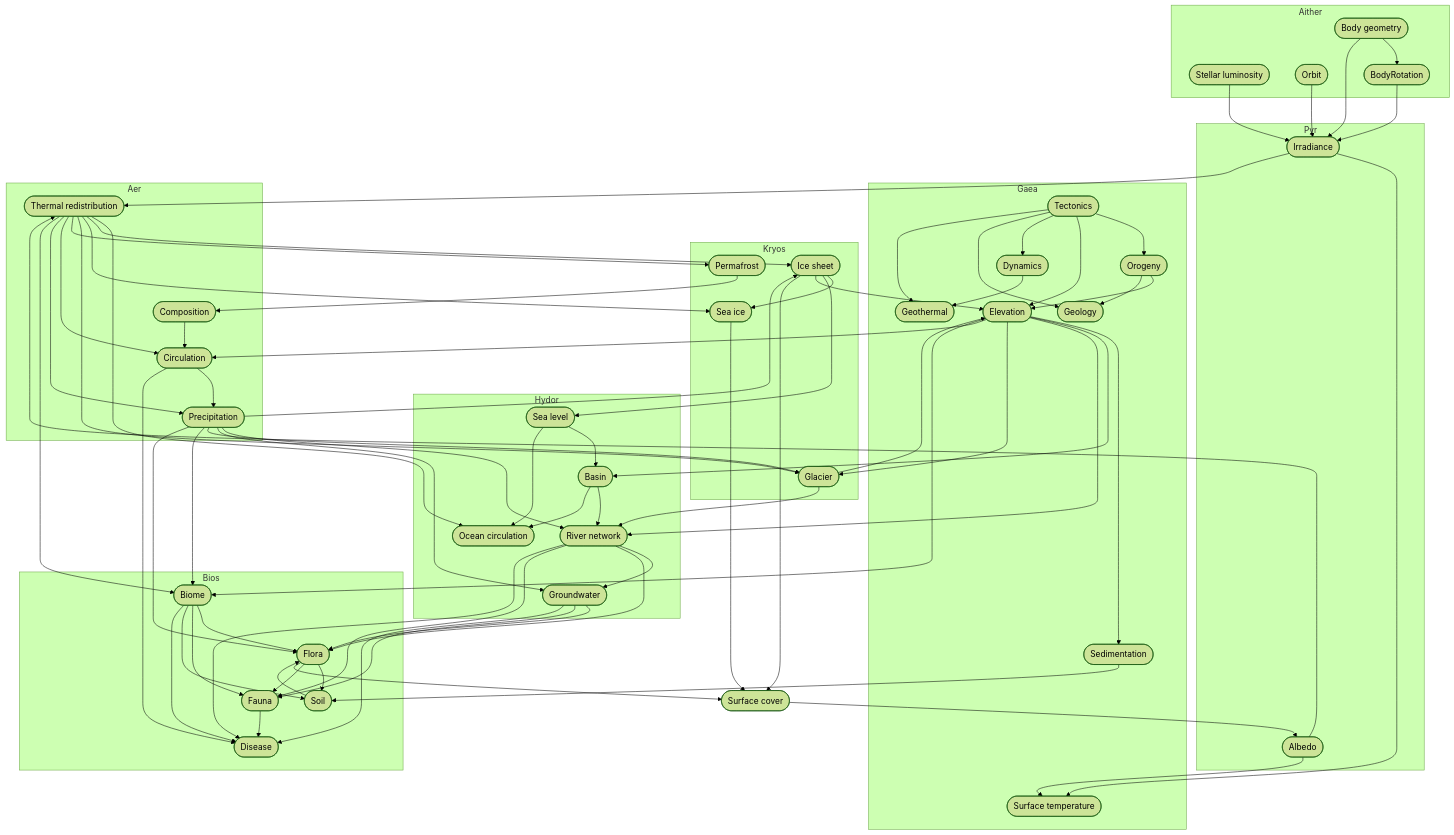
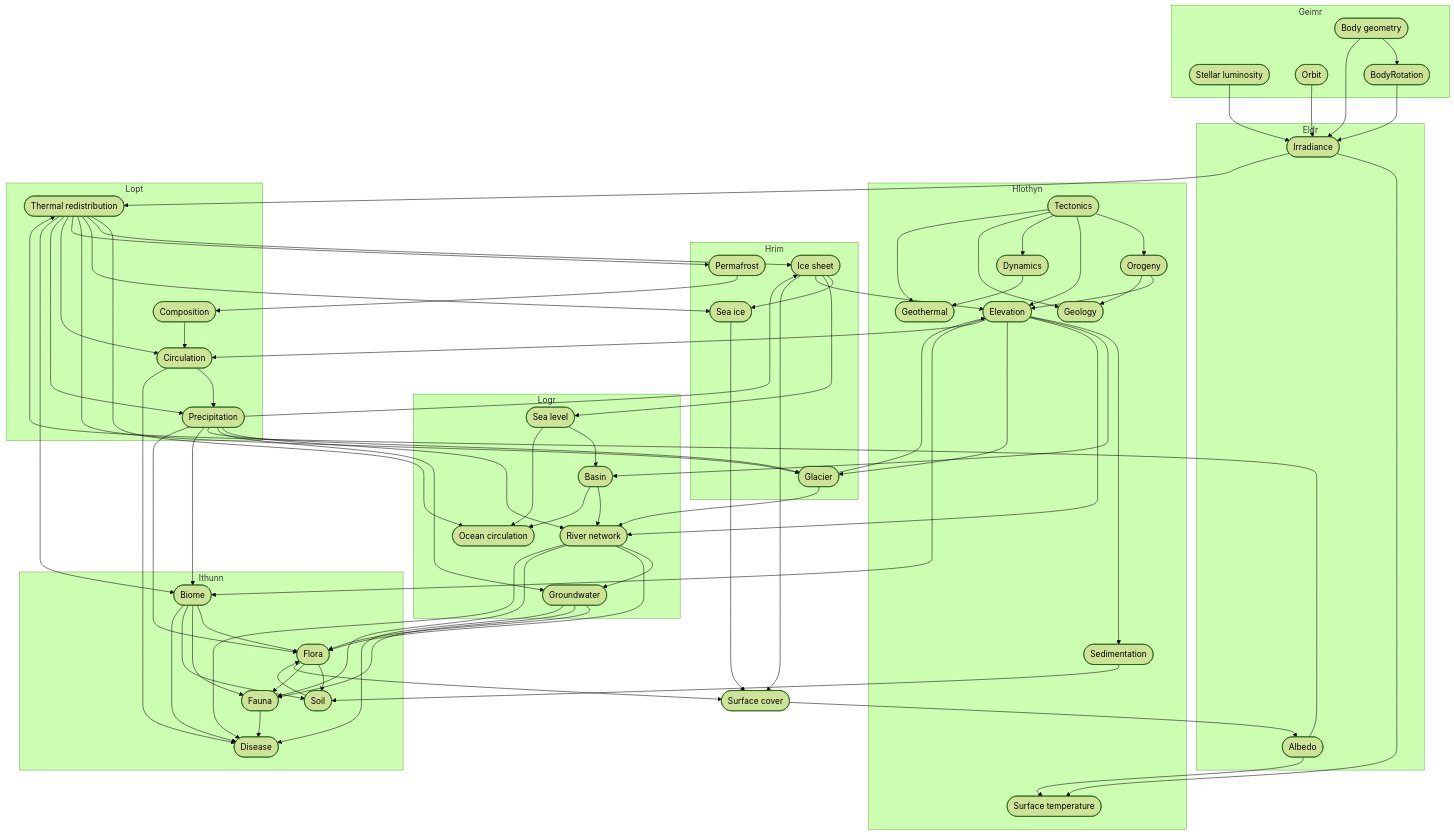
Before and after one commit to lagardej/mimameithr: the eighth of 8 diagrams in docs/concerns.adoc, drawn with Mermaid (forest theme). The commit also changed other lines of this file and 3 other files, not shown here.

```diff
--- a/docs/concerns.adoc
+++ b/docs/concerns.adoc
@@ -572,19 +572,19 @@
 [mermaid]
 ....
 flowchart TB
-    subgraph Aither
+    subgraph Geimr
         StellarLuminosity([Stellar luminosity])
         BodyGeometry([Body geometry])
         Orbit([Orbit])
         BodyRotation([BodyRotation])
     end
 
-    subgraph Pyr
+    subgraph Eldr
         Irradiance([Irradiance])
         Albedo([Albedo])
     end
 
-    subgraph Gaea
+    subgraph Hlothyn
         Tectonics([Tectonics])
         Orogeny([Orogeny])
         Elevation([Elevation])
@@ -595,7 +595,7 @@
         SurfaceTemperature([Surface temperature])
     end
 
-    subgraph Hydor
+    subgraph Logr
         SeaLevel([Sea level])
         Basin([Basin])
         OceanCirculation([Ocean circulation])
@@ -603,21 +603,21 @@
         Groundwater([Groundwater])
     end
 
-    subgraph Kryos
+    subgraph Hrim
         IceSheet([Ice sheet])
         Glacier([Glacier])
         SeaIce([Sea ice])
         Permafrost([Permafrost])
     end
 
-    subgraph Aer
+    subgraph Lopt
         ThermalRedistribution([Thermal redistribution])
         Circulation([Circulation])
         Composition([Composition])
         Precipitation([Precipitation])
     end
 
-    subgraph Bios
+    subgraph Ithunn
         Biome([Biome])
         Flora([Flora])
         Soil([Soil])
```
